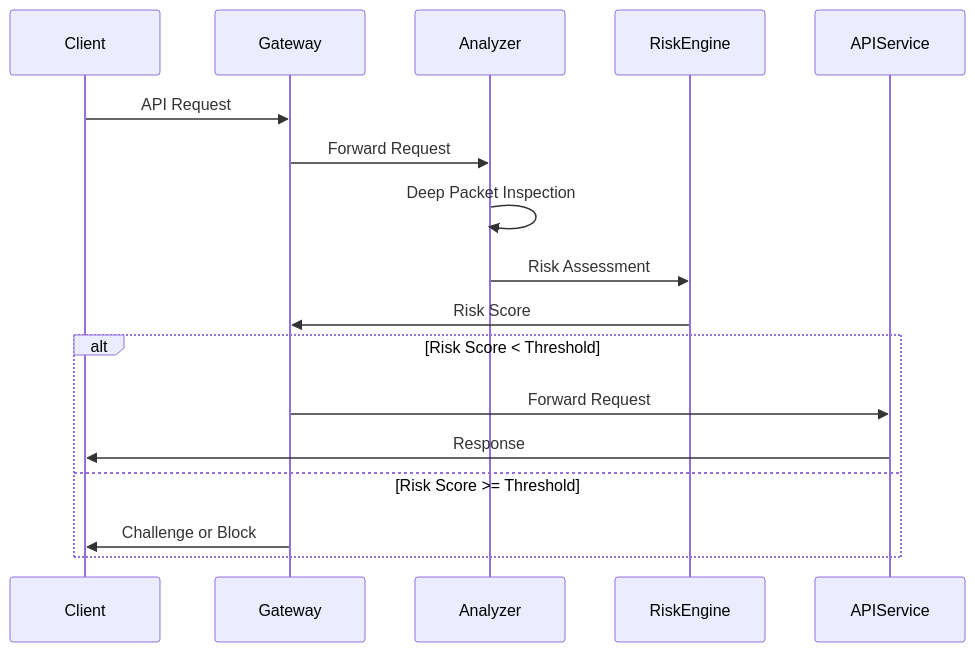
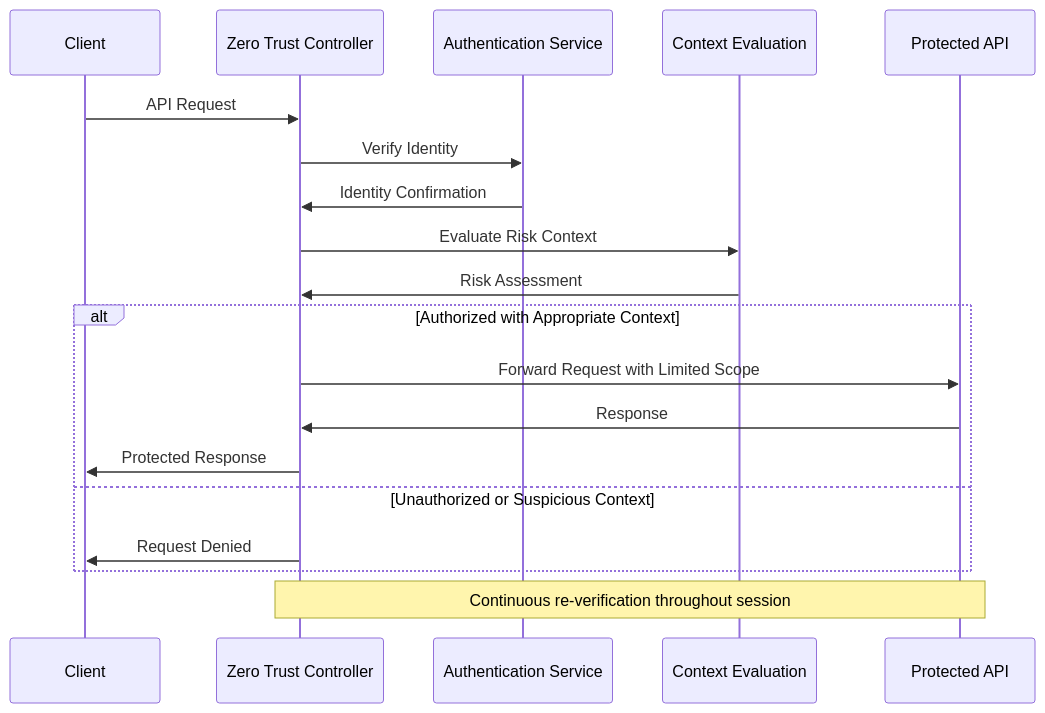
The eighth of 32 diagrams in tmp/api_security.md (r04nx/obsidian), drawn with Mermaid before and after one commit. The commit also changed other lines of this file and 3 other files, not shown here.

````diff
--- a/tmp/api_security.md
+++ b/tmp/api_security.md
@@ -71,20 +357,24 @@
 ```mermaid
 sequenceDiagram
     participant Client
-    participant Gateway
-    participant Analyzer
-    participant RiskEngine
-    participant APIService
+    participant ZeroTrust as Zero Trust Controller
+    participant Auth as Authentication Service
+    participant Context as Context Evaluation
+    participant API as Protected API
     
-    Client->>Gateway: API Request
-    Gateway->>Analyzer: Forward Request
-    Analyzer->>Analyzer: Deep Packet Inspection
-    Analyzer->>RiskEngine: Risk Assessment
-    RiskEngine->>Gateway: Risk Score
-    alt Risk Score < Threshold
-        Gateway->>APIService: Forward Request
-        APIService->>Client: Response
-    else Risk Score >= Threshold
-        Gateway->>Client: Challenge or Block
+    Client->>ZeroTrust: API Request
+    ZeroTrust->>Auth: Verify Identity
+    Auth->>ZeroTrust: Identity Confirmation
+    ZeroTrust->>Context: Evaluate Risk Context
+    Context->>ZeroTrust: Risk Assessment
+    
+    alt Authorized with Appropriate Context
+        ZeroTrust->>API: Forward Request with Limited Scope
+        API->>ZeroTrust: Response
+        ZeroTrust->>Client: Protected Response
+    else Unauthorized or Suspicious Context
+        ZeroTrust->>Client: Request Denied
     end
+    
+    Note over ZeroTrust,API: Continuous re-verification throughout session
 ```
````
